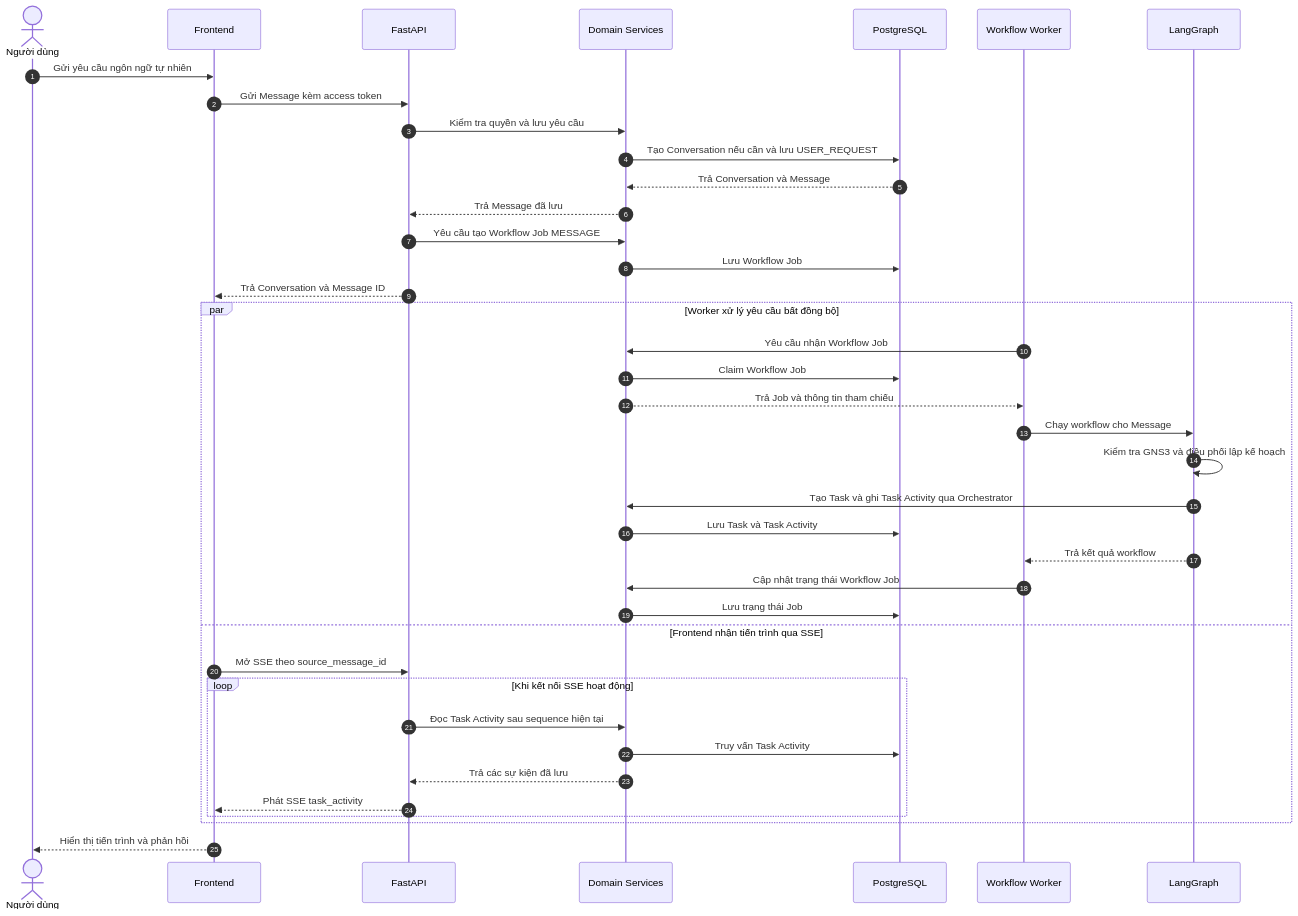
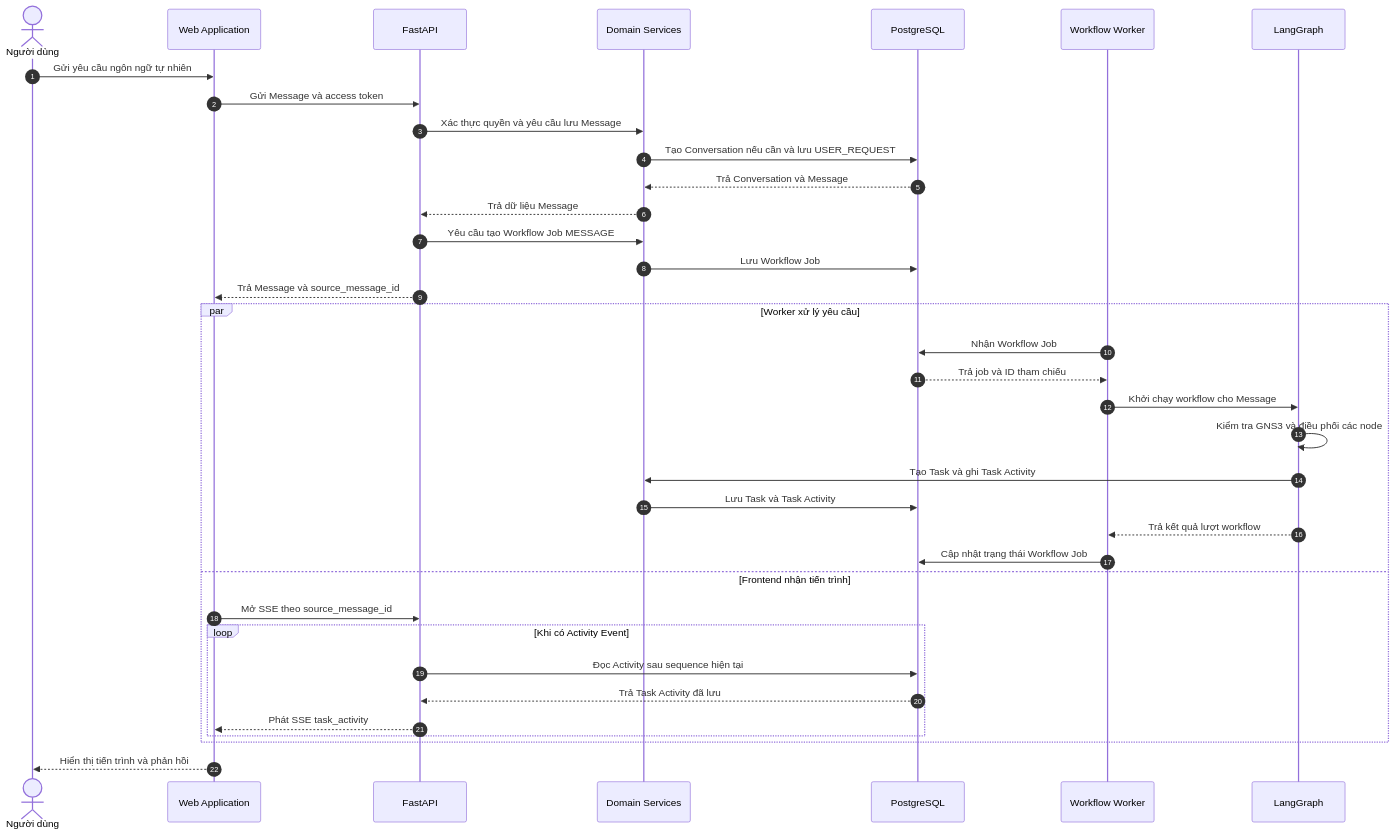
One commit to mujin0422/network-multi-agent-system-backend changed the fourth of 12 diagrams in docs/reports/report-end-of-term.md. Above: the diagram before and after it, drawn with Mermaid. The commit also changed other lines of this file, not shown here.

Commit message:
docs(sequence): simplify 3.6.1 to high-level API, durable worker and SSE interactions

````diff
--- a/docs/reports/report-end-of-term.md
+++ b/docs/reports/report-end-of-term.md
@@ -942,43 +940,40 @@
 ```mermaid
 sequenceDiagram
     autonumber
-    actor User as Người dùng
-    participant FE as Frontend
+    actor U as Người dùng
+    participant FE as Web Application
     participant API as FastAPI
     participant DS as Domain Services
     participant DB as PostgreSQL
-    participant Worker as Workflow Worker
-    participant Graph as LangGraph
+    participant WK as Workflow Worker
+    participant LG as LangGraph
 
-    User->>FE: Gửi yêu cầu ngôn ngữ tự nhiên
-    FE->>API: Gửi Message kèm access token
-    API->>DS: Kiểm tra quyền và lưu yêu cầu
+    U->>FE: Gửi yêu cầu ngôn ngữ tự nhiên
+    FE->>API: Gửi Message và access token
+    API->>DS: Xác thực quyền và yêu cầu lưu Message
     DS->>DB: Tạo Conversation nếu cần và lưu USER_REQUEST
     DB-->>DS: Trả Conversation và Message
-    DS-->>API: Trả Message đã lưu
+    DS-->>API: Trả dữ liệu Message
     API->>DS: Yêu cầu tạo Workflow Job MESSAGE
     DS->>DB: Lưu Workflow Job
-    API-->>FE: Trả Conversation và Message ID
+    API-->>FE: Trả Message và source_message_id
 
-    par Worker xử lý yêu cầu bất đồng bộ
-        Worker->>DS: Yêu cầu nhận Workflow Job
-        DS->>DB: Claim Workflow Job
-        DS-->>Worker: Trả Job và thông tin tham chiếu
-        Worker->>Graph: Chạy workflow cho Message
-        Graph->>Graph: Kiểm tra GNS3 và điều phối lập kế hoạch
-        Graph->>DS: Tạo Task và ghi Task Activity qua Orchestrator
+    par Worker xử lý yêu cầu
+        WK->>DB: Nhận Workflow Job
+        DB-->>WK: Trả job và ID tham chiếu
+        WK->>LG: Khởi chạy workflow cho Message
+        LG->>LG: Kiểm tra GNS3 và điều phối các node
+        LG->>DS: Tạo Task và ghi Task Activity
         DS->>DB: Lưu Task và Task Activity
-        Graph-->>Worker: Trả kết quả workflow
-        Worker->>DS: Cập nhật trạng thái Workflow Job
-        DS->>DB: Lưu trạng thái Job
-    and Frontend nhận tiến trình qua SSE
+        LG-->>WK: Trả kết quả lượt workflow
+        WK->>DB: Cập nhật trạng thái Workflow Job
+    and Frontend nhận tiến trình
         FE->>API: Mở SSE theo source_message_id
-        loop Khi kết nối SSE hoạt động
-            API->>DS: Đọc Task Activity sau sequence hiện tại
-            DS->>DB: Truy vấn Task Activity
-            DS-->>API: Trả các sự kiện đã lưu
+        loop Khi có Activity Event
+            API->>DB: Đọc Activity sau sequence hiện tại
+            DB-->>API: Trả Task Activity đã lưu
             API-->>FE: Phát SSE task_activity
         end
     end
-    FE-->>User: Hiển thị tiến trình và phản hồi
+    FE-->>U: Hiển thị tiến trình và phản hồi
 ```
````
